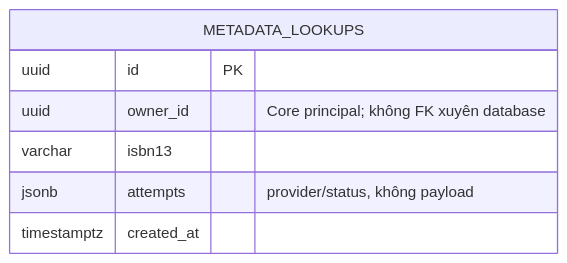
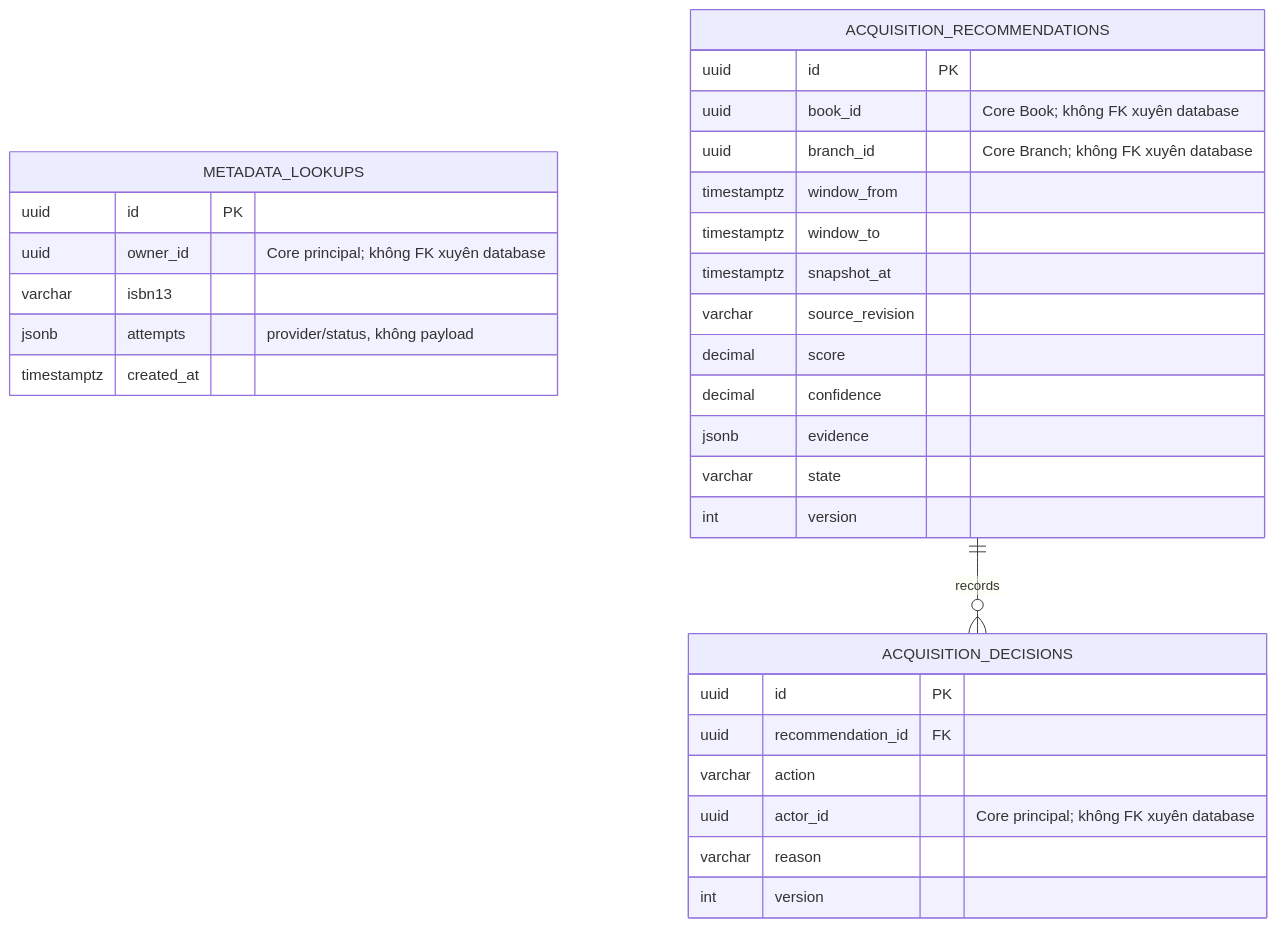
Before and after one commit to Shuuma4869/He-thong-quan-ly-va-khai-thac-thu-vien: the first of 6 diagrams in tai-lieu/03-du-lieu/erd.md, drawn with Mermaid. The commit also changed other lines of this file and 14 other files, not shown here.

````diff
--- a/tai-lieu/03-du-lieu/erd.md
+++ b/tai-lieu/03-du-lieu/erd.md
@@ -5,10 +5,33 @@
 ```mermaid
 erDiagram
   METADATA_LOOKUPS {
     uuid id PK
     uuid owner_id "Core principal; không FK xuyên database"
     varchar isbn13
     jsonb attempts "provider/status, không payload"
     timestamptz created_at
   }
+  ACQUISITION_RECOMMENDATIONS ||--o{ ACQUISITION_DECISIONS : records
+  ACQUISITION_RECOMMENDATIONS {
+    uuid id PK
+    uuid book_id "Core Book; không FK xuyên database"
+    uuid branch_id "Core Branch; không FK xuyên database"
+    timestamptz window_from
+    timestamptz window_to
+    timestamptz snapshot_at
+    varchar source_revision
+    decimal score
+    decimal confidence
+    jsonb evidence
+    varchar state
+    int version
+  }
+  ACQUISITION_DECISIONS {
+    uuid id PK
+    uuid recommendation_id FK
+    varchar action
+    uuid actor_id "Core principal; không FK xuyên database"
+    varchar reason
+    int version
+  }
 ```
````
